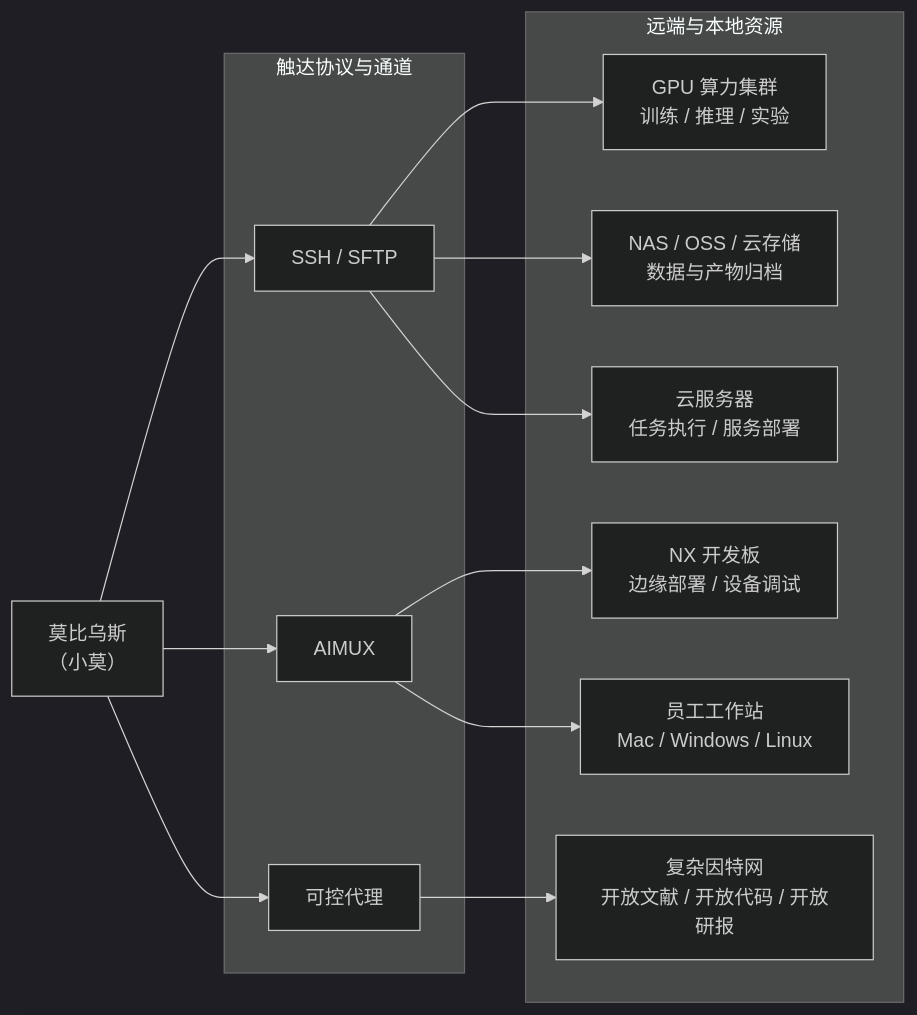
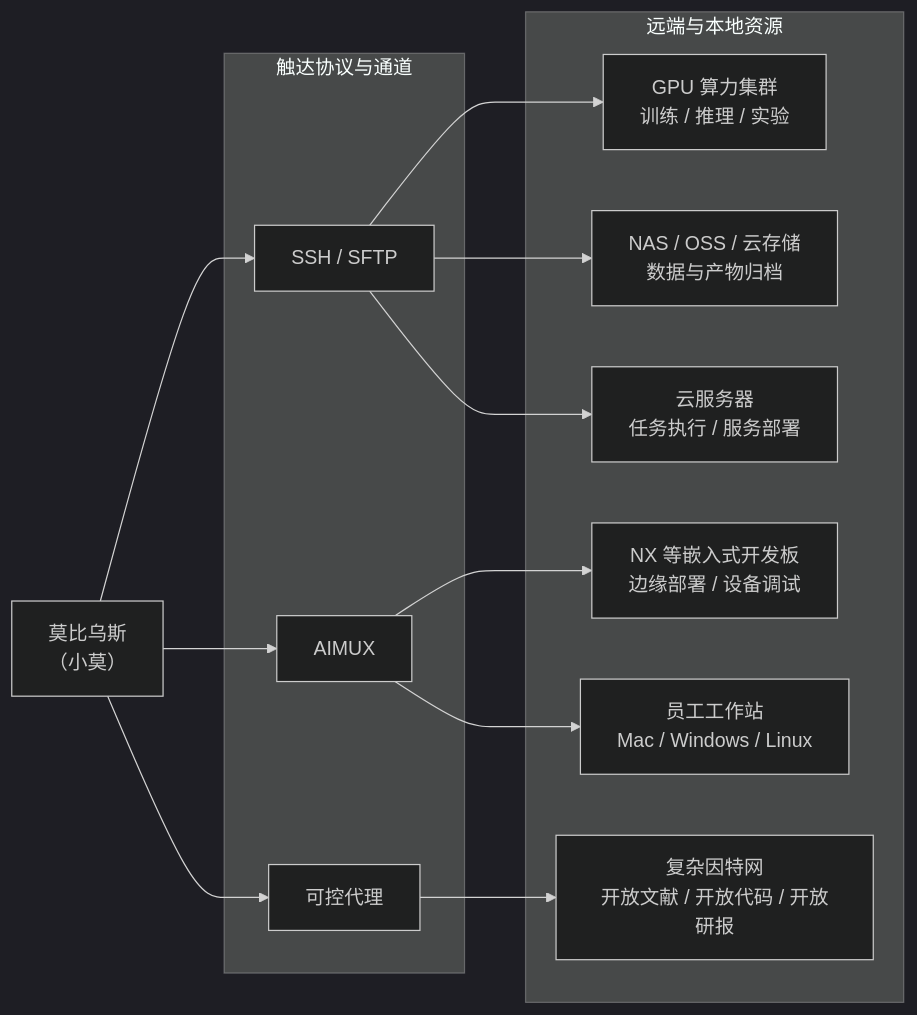
The diagram in README.md (nutshellai-tech/mobius), drawn with Mermaid (dark theme) before and after one commit. The commit also changed other lines of this file, not shown here.

````diff
--- a/README.md
+++ b/README.md
@@ -43,31 +88,31 @@
 ```mermaid
 flowchart LR
   M["莫比乌斯<br/>（小莫）"]
 
   subgraph P["触达协议与通道"]
     SSH["SSH / SFTP"]
     AIMUX["AIMUX"]
     PROXY["可控代理"]
   end
 
   subgraph R["远端与本地资源"]
     GPU["GPU 算力集群<br/>训练 / 推理 / 实验"]
-    NX["NX 开发板<br/>边缘部署 / 设备调试"]
+    NX["NX 等嵌入式开发板<br/>边缘部署 / 设备调试"]
     NAS["NAS / OSS / 云存储<br/>数据与产物归档"]
     CLOUD["云服务器<br/>任务执行 / 服务部署"]
     PC["员工工作站<br/>Mac / Windows / Linux"]
     NET["复杂因特网<br/>开放文献 / 开放代码 / 开放研报"]
   end
 
   M --> SSH
   M --> AIMUX
   M --> PROXY
 
   SSH --> GPU
   SSH --> NAS
   SSH --> CLOUD
   AIMUX --> NX
   AIMUX --> PC
   PROXY --> NET
 
 ```
````
